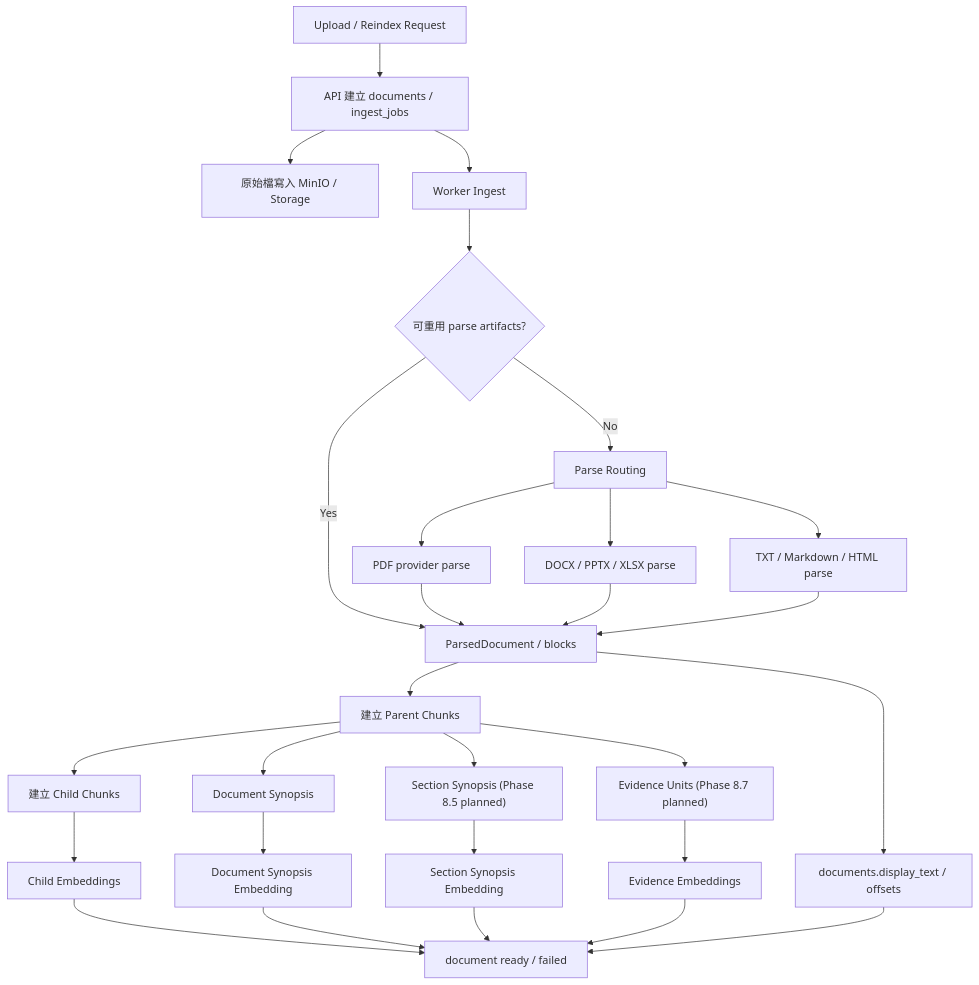
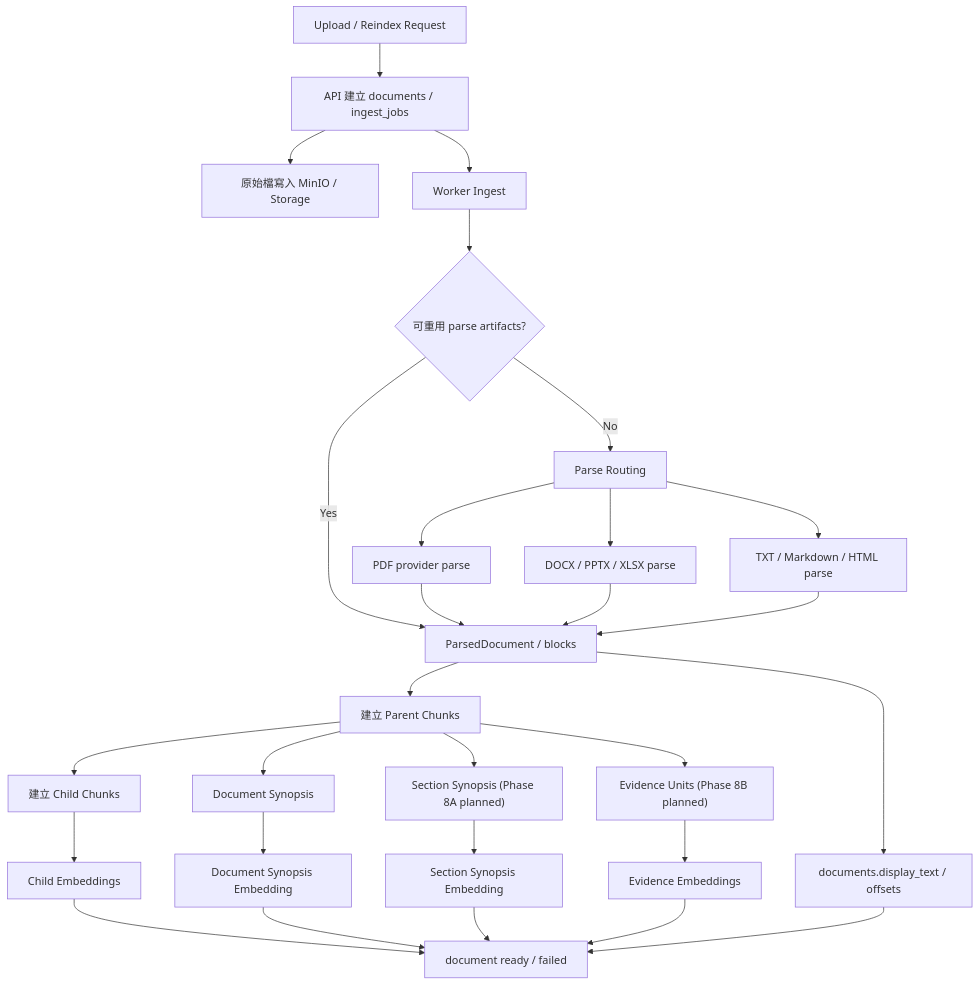
Before and after one commit to jASTARSEVEN/deep-agent-rag-stack: the first of 2 diagrams in ARCHITECTURE.md, drawn with Mermaid. The commit also changed other lines of this file and 2 other files, not shown here.

````diff
--- a/ARCHITECTURE.md
+++ b/ARCHITECTURE.md
@@ -95,37 +95,37 @@
 ```mermaid
 flowchart TD
     U["Upload / Reindex Request"] --> API["API 建立 documents / ingest_jobs"]
     API --> OBJ["原始檔寫入 MinIO / Storage"]
     API --> W["Worker Ingest"]
 
     W --> PA{"可重用 parse artifacts?"}
     PA -->|Yes| PD["重建 ParsedDocument"]
     PA -->|No| PR["Parse Routing"]
 
     PR --> PDF["PDF provider parse"]
     PR --> OFFICE["DOCX / PPTX / XLSX parse"]
     PR --> TEXT["TXT / Markdown / HTML parse"]
 
     PDF --> PD
     OFFICE --> PD
     TEXT --> PD
 
     PD["ParsedDocument / blocks"] --> PC["建立 Parent Chunks"]
     PC --> CC["建立 Child Chunks"]
     PC --> DS["Document Synopsis"]
-    PC --> SS["Section Synopsis (Phase 8.5 planned)"]
-    PC --> EU["Evidence Units (Phase 8.7 planned)"]
+    PC --> SS["Section Synopsis (Phase 8A planned)"]
+    PC --> EU["Evidence Units (Phase 8B planned)"]
 
     CC --> CE["Child Embeddings"]
     DS --> DE["Document Synopsis Embedding"]
     SS --> SE["Section Synopsis Embedding"]
     EU --> EE["Evidence Embeddings"]
 
     PD --> DT["documents.display_text / offsets"]
 
     CE --> READY["document ready / failed"]
     DE --> READY
     SE --> READY
     EE --> READY
     DT --> READY
 ```
````
